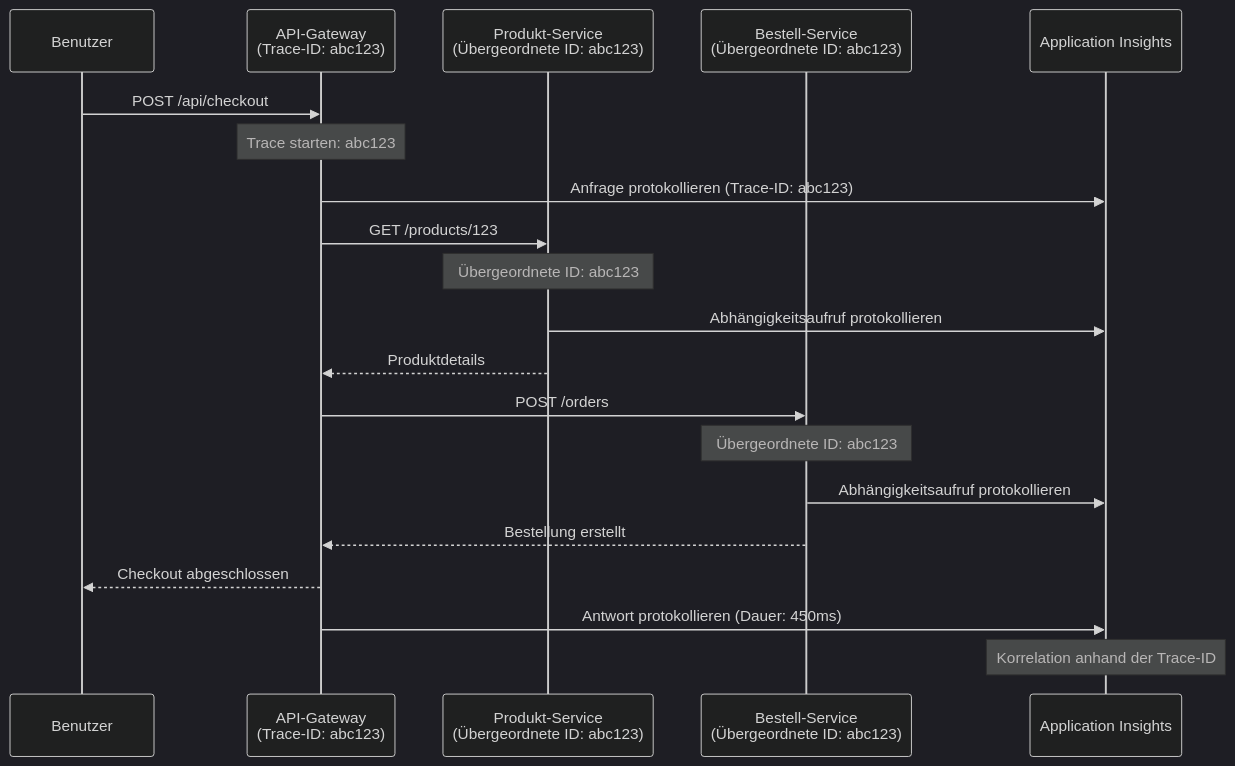
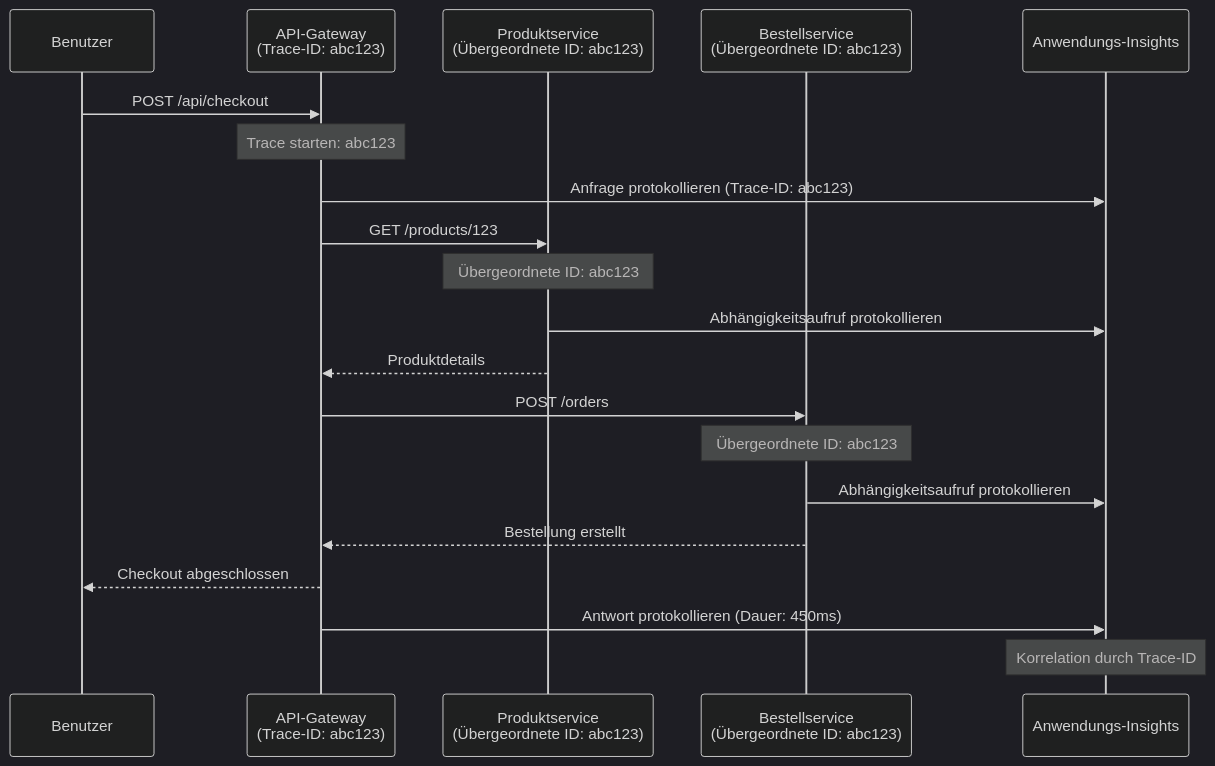
Before and after one commit to microsoft/AZD-for-beginners: the second of 2 diagrams in translations/de/docs/chapter-06-pre-deployment/application-insights.md, drawn with Mermaid (dark theme). The commit also changed other lines of this file and 101 other files, not shown here.

````diff
--- a/translations/de/docs/chapter-06-pre-deployment/application-insights.md
+++ b/translations/de/docs/chapter-06-pre-deployment/application-insights.md
@@ -744,27 +744,27 @@
 ```mermaid
 sequenceDiagram
     participant User as Benutzer
     participant Gateway as API-Gateway<br/>(Trace-ID: abc123)
-    participant Product as Produkt-Service<br/>(Übergeordnete ID: abc123)
-    participant Order as Bestell-Service<br/>(Übergeordnete ID: abc123)
-    participant AppInsights as Application Insights
+    participant Product as Produktservice<br/>(Übergeordnete ID: abc123)
+    participant Order as Bestellservice<br/>(Übergeordnete ID: abc123)
+    participant AppInsights as Anwendungs-Insights
     
     User->>Gateway: POST /api/checkout
     Note over Gateway: Trace starten: abc123
     Gateway->>AppInsights: Anfrage protokollieren (Trace-ID: abc123)
     
     Gateway->>Product: GET /products/123
     Note over Product: Übergeordnete ID: abc123
     Product->>AppInsights: Abhängigkeitsaufruf protokollieren
     Product-->>Gateway: Produktdetails
     
     Gateway->>Order: POST /orders
     Note over Order: Übergeordnete ID: abc123
     Order->>AppInsights: Abhängigkeitsaufruf protokollieren
     Order-->>Gateway: Bestellung erstellt
     
     Gateway-->>User: Checkout abgeschlossen
     Gateway->>AppInsights: Antwort protokollieren (Dauer: 450ms)
     
-    Note over AppInsights: Korrelation anhand der Trace-ID
+    Note over AppInsights: Korrelation durch Trace-ID
 ```
````
